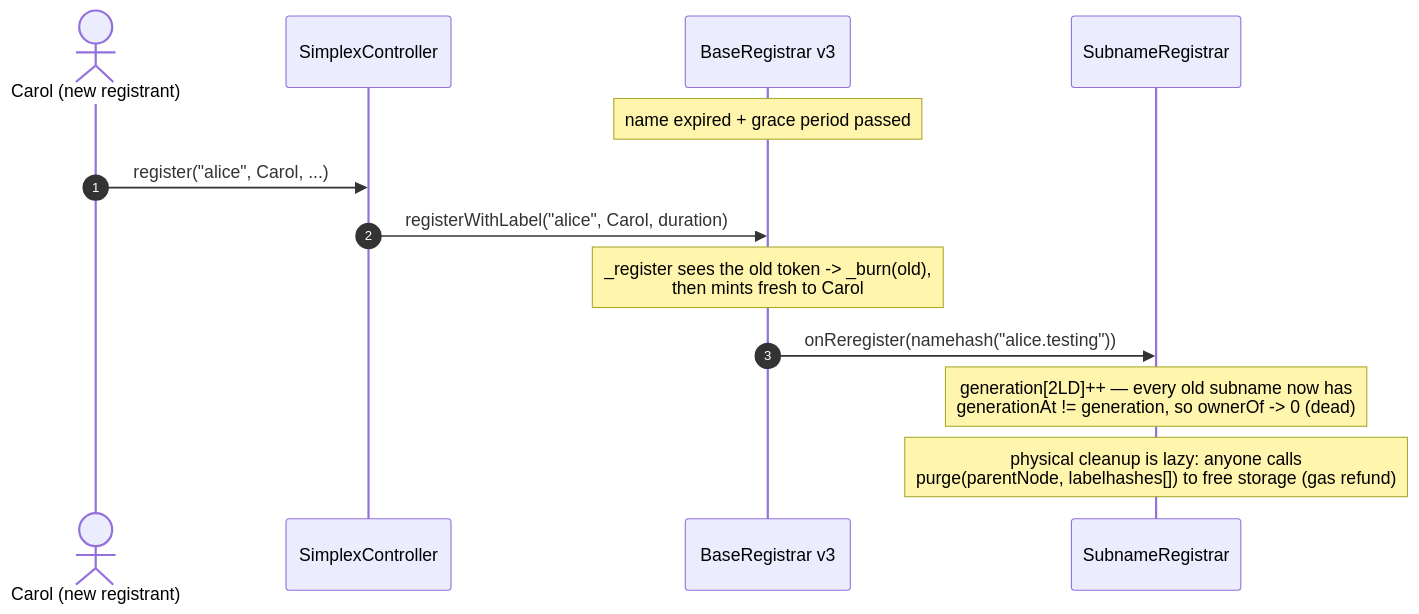
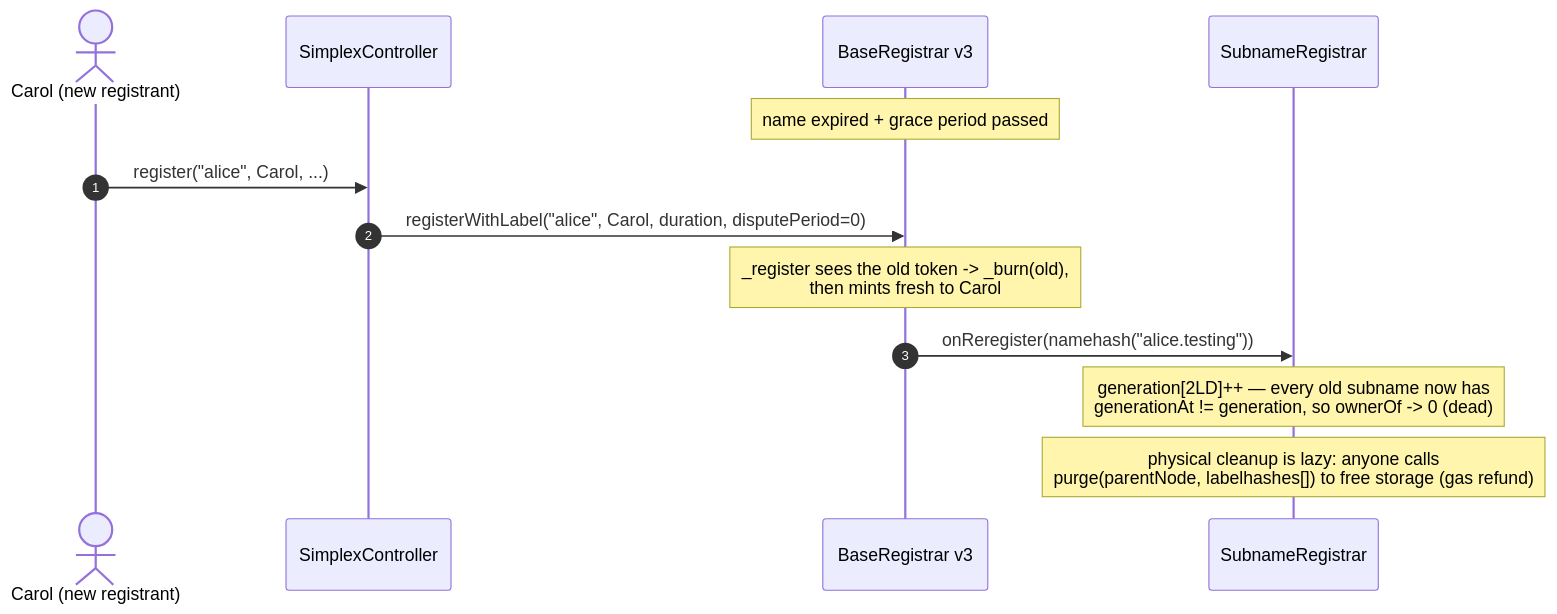
The ninth of 10 diagrams in docs/sequence-happy-flow.md (brenzi-agent/simplex-namespace-contract), drawn with Mermaid before and after one commit. The commit also changed other lines of this file and 7 other files, not shown here.

First line of the commit message:
docs: dispute period for sponsored registrations (#19)

````diff
--- a/docs/sequence-happy-flow.md
+++ b/docs/sequence-happy-flow.md
@@ -304,16 +304,16 @@
 ```mermaid
 sequenceDiagram
     autonumber
     actor C as Carol (new registrant)
     participant CT as SimplexController
     participant B as BaseRegistrar v3
     participant SR as SubnameRegistrar
 
     note over B: name expired + grace period passed
     C->>CT: register("alice", Carol, ...)
-    CT->>B: registerWithLabel("alice", Carol, duration)
+    CT->>B: registerWithLabel("alice", Carol, duration, disputePeriod=0)
     note over B: _register sees the old token -> _burn(old),<br/>then mints fresh to Carol
     B->>SR: onReregister(namehash("alice.testing"))
     note over SR: generation[2LD]++ — every old subname now has<br/>generationAt != generation, so ownerOf -> 0 (dead)
     note over SR: physical cleanup is lazy: anyone calls<br/>purge(parentNode, labelhashes[]) to free storage (gas refund)
 ```
````
